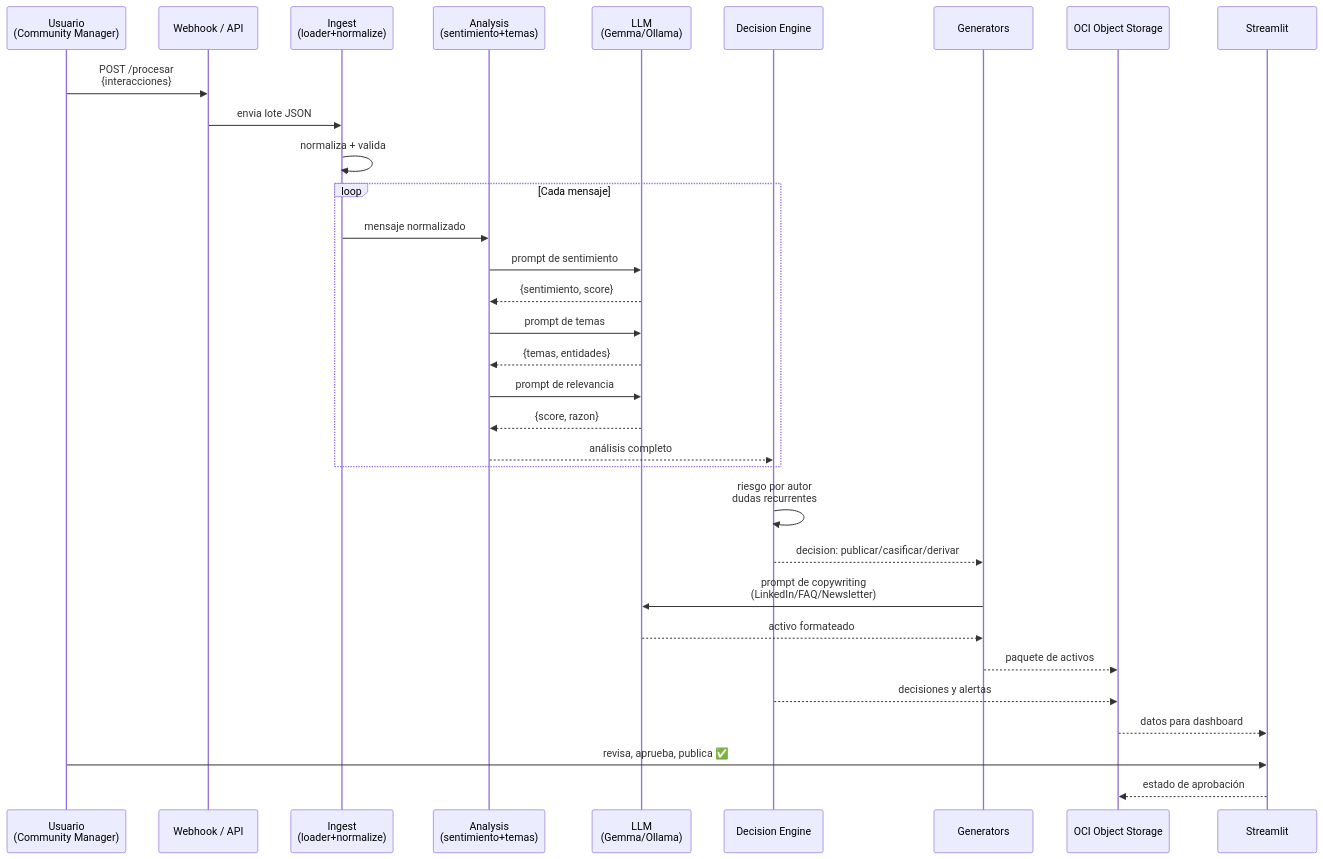
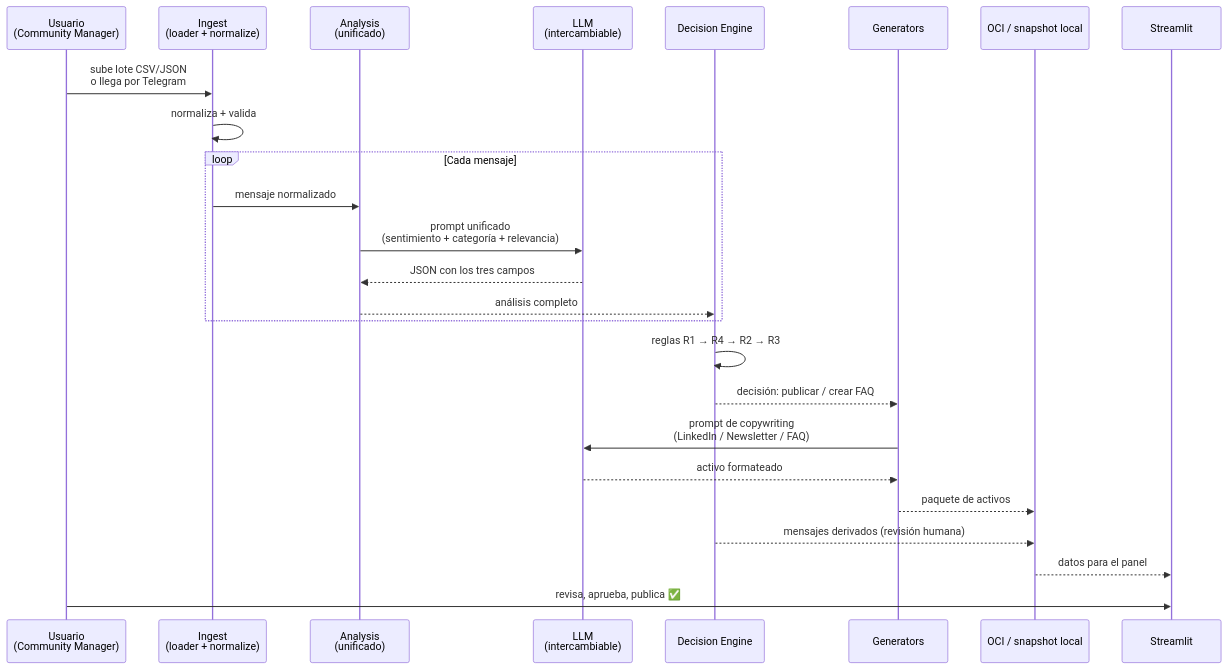
One commit to No-Country-simulation/G10-Latam-Equipo24-CommunityLab changed the third of 5 diagrams in docs/arquitectura.md. Above: the diagram before and after it, drawn with Mermaid. The commit also changed other lines of this file and 3 other files, not shown here.

````diff
--- a/docs/arquitectura.md
+++ b/docs/arquitectura.md
@@ -191,38 +148,31 @@
 ```mermaid
 sequenceDiagram
     participant U as Usuario<br/>(Community Manager)
-    participant API as Webhook / API
-    participant ING as Ingest<br/>(loader+normalize)
-    participant ANL as Analysis<br/>(sentimiento+temas)
-    participant LLM as LLM<br/>(Gemma/Ollama)
+    participant ING as Ingest<br/>(loader + normalize)
+    participant ANL as Analysis<br/>(unificado)
+    participant LLM as LLM<br/>(intercambiable)
     participant DEC as Decision Engine
     participant GEN as Generators
-    participant OCI as OCI Object Storage
+    participant OCI as OCI / snapshot local
     participant UI as Streamlit
 
-    U->>API: POST /procesar<br/>{interacciones}
-    API->>ING: envia lote JSON
+    U->>ING: sube lote CSV/JSON<br/>o llega por Telegram
     ING->>ING: normaliza + valida
-    
+
     loop Cada mensaje
         ING->>ANL: mensaje normalizado
-        ANL->>LLM: prompt de sentimiento
-        LLM-->>ANL: {sentimiento, score}
-        ANL->>LLM: prompt de temas
-        LLM-->>ANL: {temas, entidades}
-        ANL->>LLM: prompt de relevancia
-        LLM-->>ANL: {score, razon}
+        ANL->>LLM: prompt unificado<br/>(sentimiento + categoría + relevancia)
+        LLM-->>ANL: JSON con los tres campos
         ANL-->>DEC: análisis completo
     end
 
-    DEC->>DEC: riesgo por autor<br/>dudas recurrentes
-    DEC-->>GEN: decision: publicar/casificar/derivar
-    GEN->>LLM: prompt de copywriting<br/>(LinkedIn/FAQ/Newsletter)
+    DEC->>DEC: reglas R1 → R4 → R2 → R3
+    DEC-->>GEN: decisión: publicar / crear FAQ
+    GEN->>LLM: prompt de copywriting<br/>(LinkedIn / Newsletter / FAQ)
     LLM-->>GEN: activo formateado
     GEN-->>OCI: paquete de activos
-    DEC-->>OCI: decisiones y alertas
+    DEC-->>OCI: mensajes derivados (revisión humana)
 
-    OCI-->>UI: datos para dashboard
+    OCI-->>UI: datos para el panel
     U->>UI: revisa, aprueba, publica ✅
-    UI-->>OCI: estado de aprobación
 ```
````
